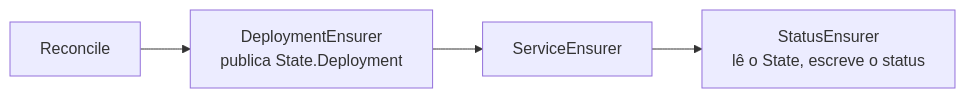
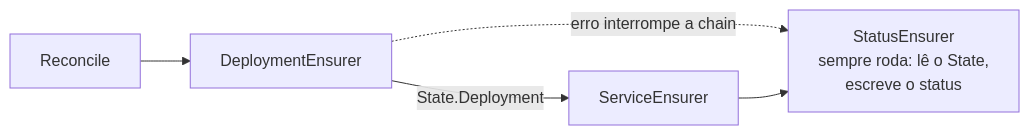
Before and after one commit to cloud104/tcloud-devops-k8s-operators-training: the fourth of 4 diagrams in docs/01-conceitos-basicos.md, drawn with Mermaid. The commit also changed other lines of this file and 6 other files, not shown here.

First line of the commit message:
docs: revisa material teorico, corrige APIs e melhora diagramas

````diff
--- a/docs/01-conceitos-basicos.md
+++ b/docs/01-conceitos-basicos.md
@@ -96,6 +104,7 @@
 ```mermaid
 flowchart LR
-    R["Reconcile"] --> D["DeploymentEnsurer<br/>publica State.Deployment"]
-    D --> S["ServiceEnsurer"]
-    S --> ST["StatusEnsurer<br/>lê o State, escreve o status"]
+    R["Reconcile"] --> D["DeploymentEnsurer"]
+    D -->|State.Deployment| S["ServiceEnsurer"]
+    D -.->|erro interrompe a chain| ST
+    S --> ST["StatusEnsurer<br/>sempre roda: lê o State,<br/>escreve o status"]
 ```
````
